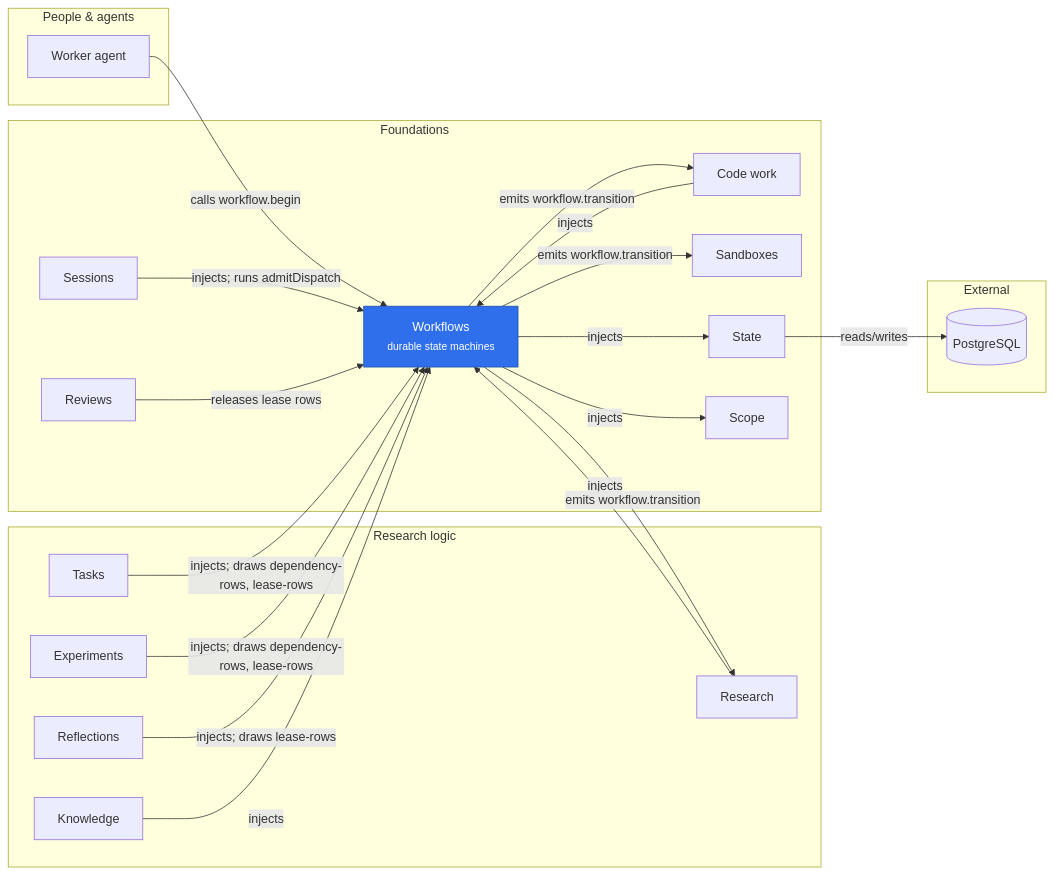
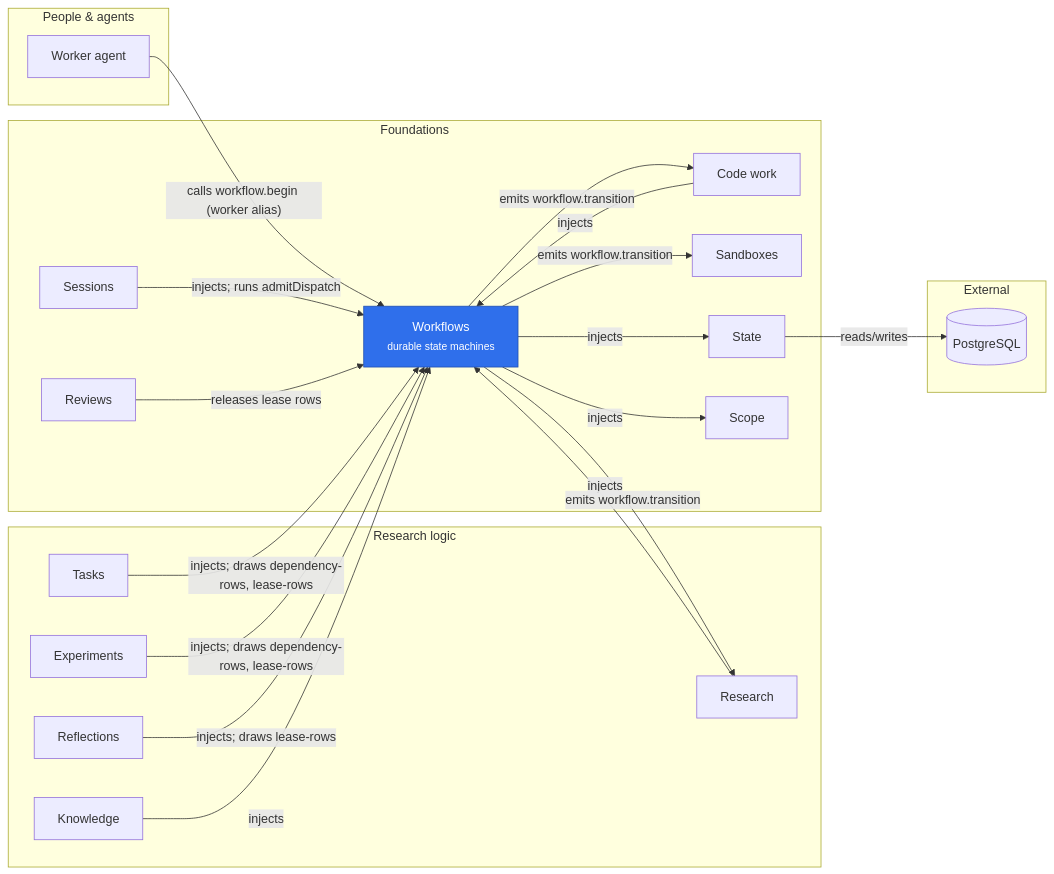
One commit to rapidreview-io/Merv changed the diagram in merv-typescript/packages/workflows/README.md. Above: the diagram before and after it, drawn with Mermaid. The commit also changed other lines of this file and 40 other files, not shown here.

````diff
--- a/merv-typescript/packages/workflows/README.md
+++ b/merv-typescript/packages/workflows/README.md
@@ -8,42 +12,42 @@
 ```mermaid
 flowchart LR
   subgraph peopleLayer["People & agents"]
     workerAgent["Worker agent"]
   end
   subgraph researchLayer["Research logic"]
     tasks["Tasks"]
     experiments["Experiments"]
     reflections["Reflections"]
     research["Research"]
     knowledge["Knowledge"]
   end
   subgraph foundationsLayer["Foundations"]
     workflows["Workflows<br/><small>durable state machines</small>"]
     sessions["Sessions"]
     reviews["Reviews"]
     codeWork["Code work"]
     sandboxes["Sandboxes"]
     state["State"]
     scope["Scope"]
   end
   subgraph externalLayer["External"]
     postgres[("PostgreSQL")]
   end
-  workerAgent -- "calls workflow.begin" --> workflows
+  workerAgent -- "calls workflow.begin (worker alias)" --> workflows
   tasks -- "injects; draws dependency-rows, lease-rows" --> workflows
   experiments -- "injects; draws dependency-rows, lease-rows" --> workflows
   reflections -- "injects; draws lease-rows" --> workflows
   research -- "injects" --> workflows
   knowledge -- "injects" --> workflows
   sessions -- "injects; runs admitDispatch" --> workflows
   reviews -- "releases lease rows" --> workflows
   codeWork -- "injects" --> workflows
   workflows -- "emits workflow.transition" --> sandboxes
   workflows -- "emits workflow.transition" --> codeWork
   workflows -- "emits workflow.transition" --> research
   workflows -- "injects" --> state
   workflows -- "injects" --> scope
   state -- "reads/writes" --> postgres
   classDef self fill:#2f6feb,color:#fff,stroke:#1f4fb0
   class workflows self
 ```
````
